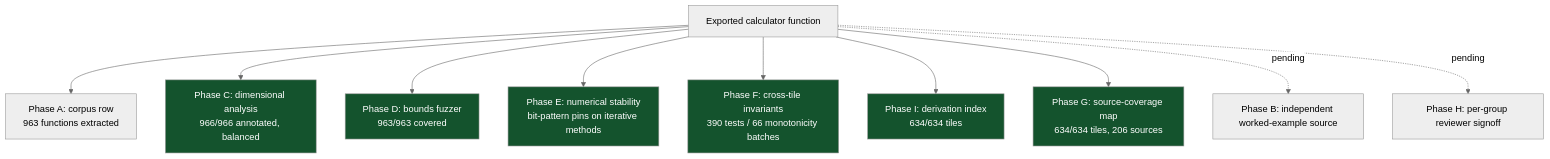
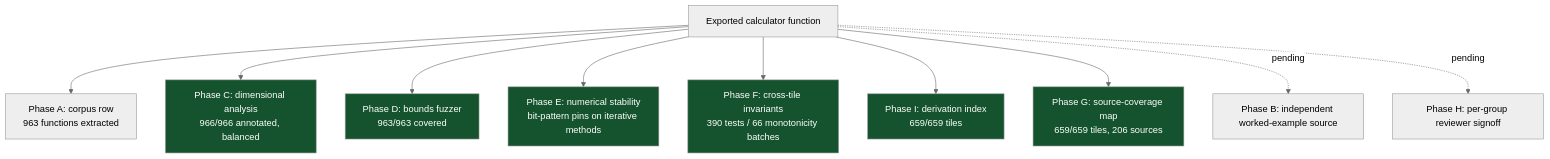
The sixth of 8 diagrams in README.md (clay-good/roughlogic.com), drawn with Mermaid (neutral theme) before and after one commit. The commit also changed other lines of this file, not shown here.

````diff
--- a/README.md
+++ b/README.md
@@ -458,18 +458,18 @@
 ```mermaid
 flowchart TB
     F[Exported calculator function] --> A[Phase A: corpus row\n963 functions extracted]
     F --> C[Phase C: dimensional analysis\n966/966 annotated, balanced]
     F --> D[Phase D: bounds fuzzer\n963/963 covered]
     F --> E[Phase E: numerical stability\nbit-pattern pins on iterative methods]
     F --> Fa[Phase F: cross-tile invariants\n390 tests / 66 monotonicity batches]
-    F --> I[Phase I: derivation index\n634/634 tiles]
-    F --> G[Phase G: source-coverage map\n634/634 tiles, 206 sources]
+    F --> I[Phase I: derivation index\n659/659 tiles]
+    F --> G[Phase G: source-coverage map\n659/659 tiles, 206 sources]
     F -.pending.-> B[Phase B: independent worked-example source]
     F -.pending.-> H[Phase H: per-group reviewer signoff]
     style C fill:#14532d,color:#fff
     style D fill:#14532d,color:#fff
     style E fill:#14532d,color:#fff
     style Fa fill:#14532d,color:#fff
     style G fill:#14532d,color:#fff
     style I fill:#14532d,color:#fff
 ```
````
